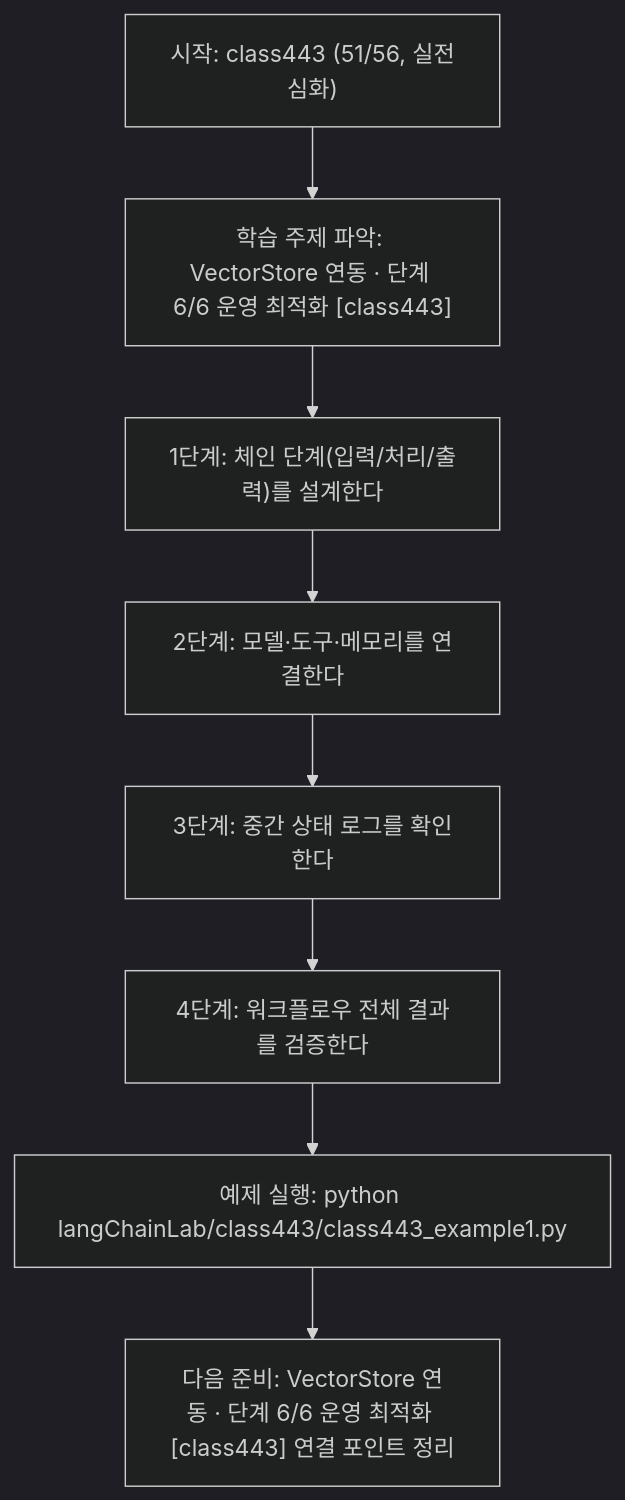
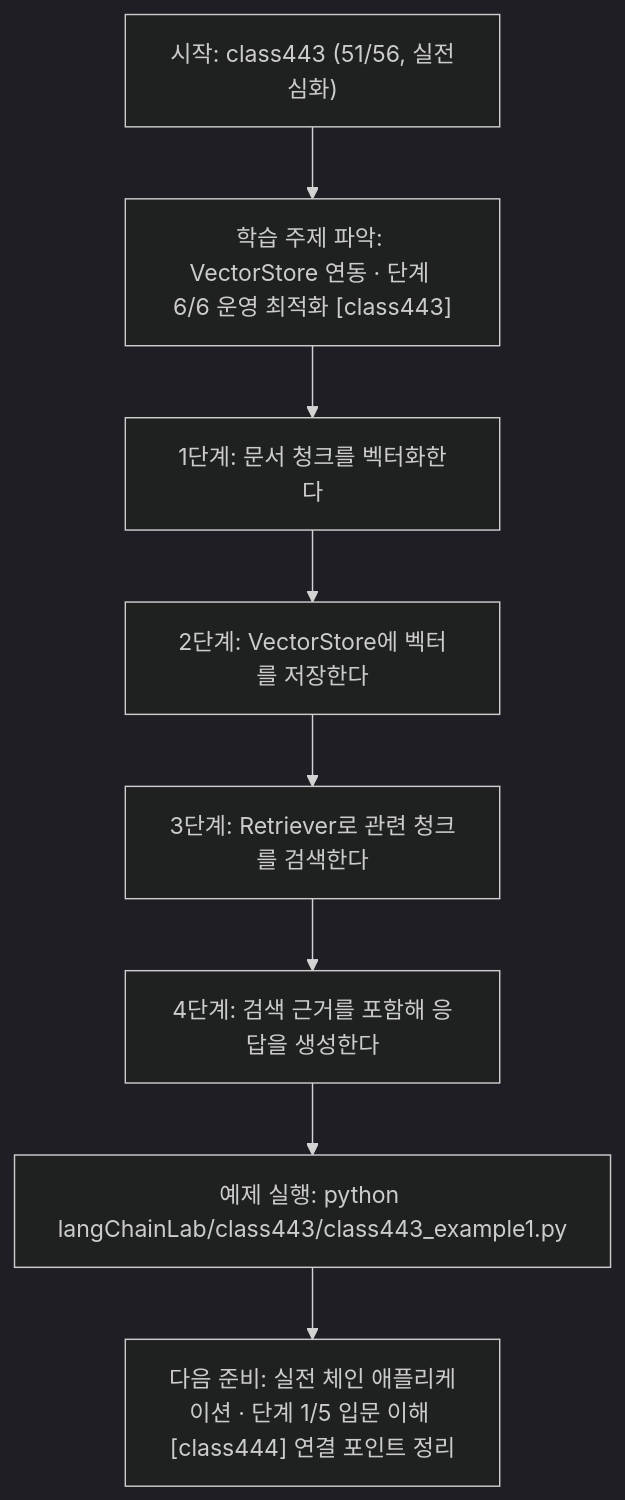
Before and after one commit to edumgt/Python-AI_Agent-Class: the diagram in langChainLab/class443/class443.md, drawn with Mermaid (dark theme). The commit also changed other lines of this file and 395 other files, not shown here.

````diff
--- a/langChainLab/class443/class443.md
+++ b/langChainLab/class443/class443.md
@@ -109,18 +91,18 @@
 ```mermaid
 flowchart TD
 N1["시작: class443 (51/56, 실전심화)"]
 N2["학습 주제 파악: VectorStore 연동 · 단계 6/6 운영 최적화 [class443]"]
-N3["1단계: 체인 단계(입력/처리/출력)를 설계한다"]
-N4["2단계: 모델·도구·메모리를 연결한다"]
-N5["3단계: 중간 상태 로그를 확인한다"]
-N6["4단계: 워크플로우 전체 결과를 검증한다"]
+N3["1단계: 문서 청크를 벡터화한다"]
+N4["2단계: VectorStore에 벡터를 저장한다"]
+N5["3단계: Retriever로 관련 청크를 검색한다"]
+N6["4단계: 검색 근거를 포함해 응답을 생성한다"]
 N7["예제 실행: python langChainLab/class443/class443_example1.py"]
-N8["다음 준비: VectorStore 연동 · 단계 6/6 운영 최적화 [class443] 연결 포인트 정리"]
+N8["다음 준비: 실전 체인 애플리케이션 · 단계 1/5 입문 이해 [class444] 연결 포인트 정리"]
 N1 --> N2
 N2 --> N3
 N3 --> N4
 N4 --> N5
 N5 --> N6
 N6 --> N7
 N7 --> N8
 ```
````
